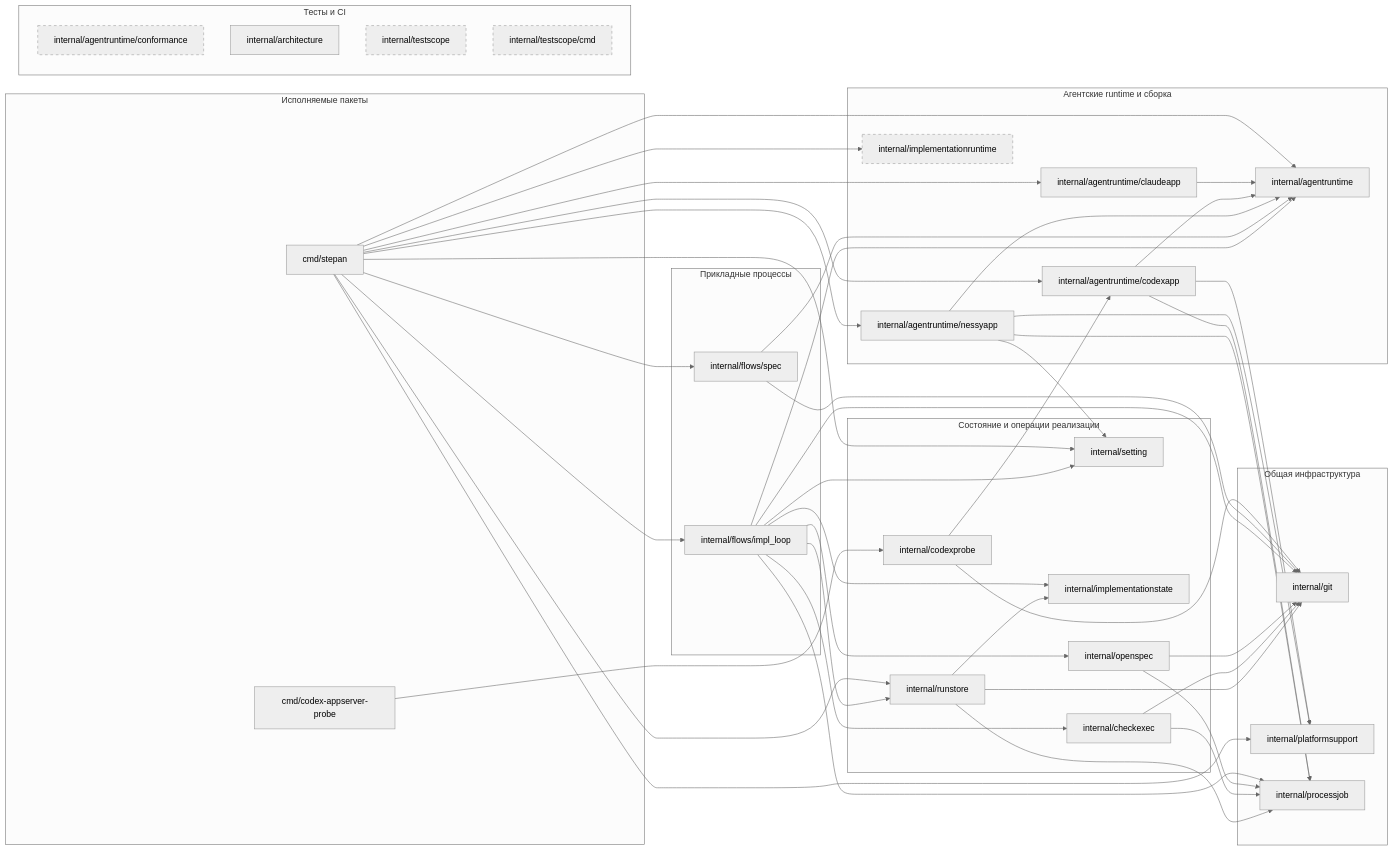
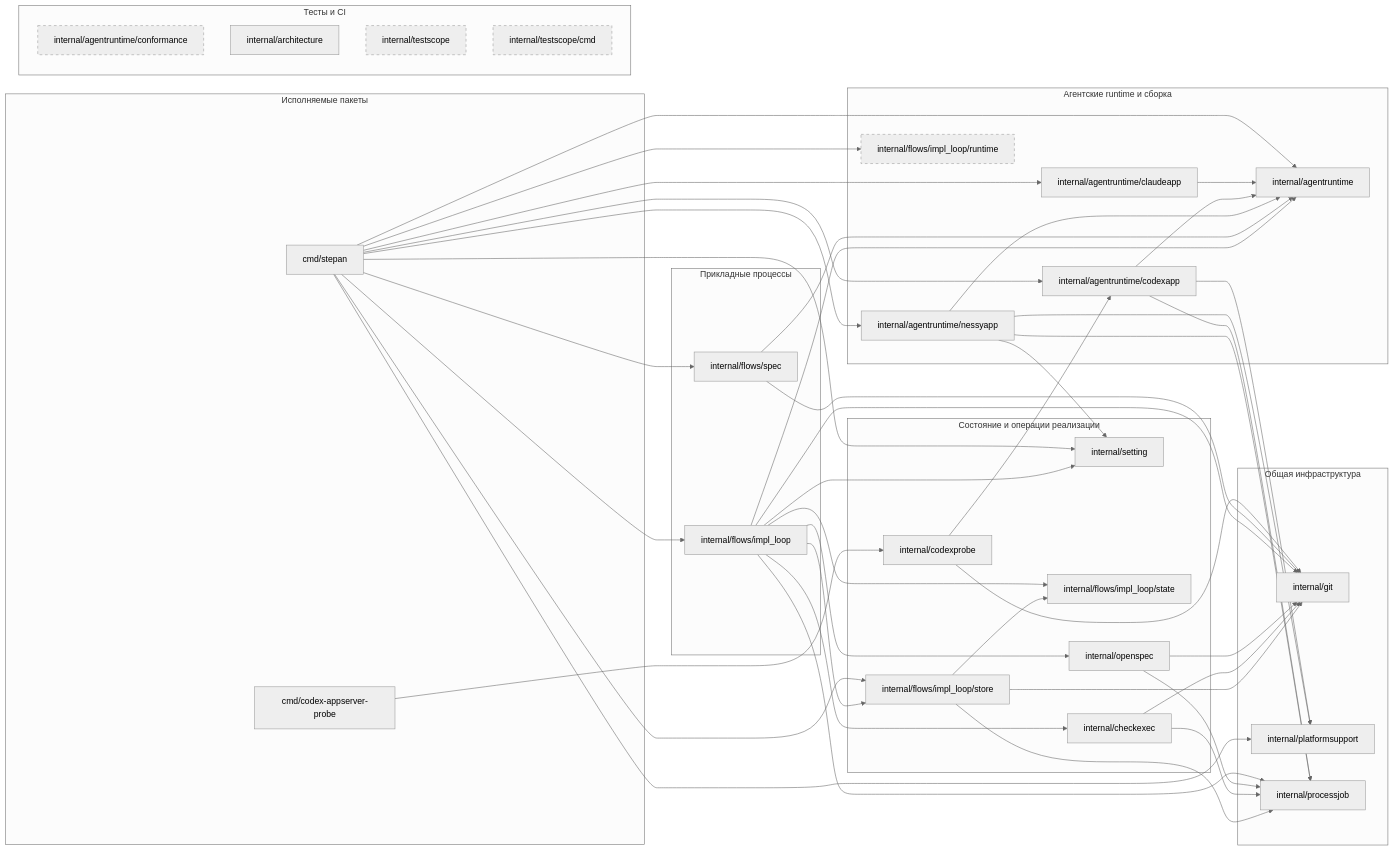
One commit to AndrMoiseev/stepan changed the diagram in docs/architecture/context_map.md. Above: the diagram before and after it, drawn with Mermaid (neutral theme). The commit also changed other lines of this file and 95 other files, not shown here.

````diff
--- a/docs/architecture/context_map.md
+++ b/docs/architecture/context_map.md
@@ -9,52 +9,52 @@
 ```mermaid
 flowchart LR
     subgraph Entry[Исполняемые пакеты]
         stepan[cmd/stepan]
         probe_cmd[cmd/codex-appserver-probe]
     end
     subgraph Flows[Прикладные процессы]
         spec[internal/flows/spec]
         impl[internal/flows/impl_loop]
     end
     subgraph Runtime[Агентские runtime и сборка]
         runtime[internal/agentruntime]
         claude[internal/agentruntime/claudeapp]
         codex[internal/agentruntime/codexapp]
         nessy[internal/agentruntime/nessyapp]
-        runtime_factory[internal/implementationruntime]
+        runtime_factory[internal/flows/impl_loop/runtime]
     end
     subgraph Services[Состояние и операции реализации]
         config[internal/setting]
-        state[internal/implementationstate]
+        state[internal/flows/impl_loop/state]
         openspec[internal/openspec]
         checks[internal/checkexec]
-        store[internal/runstore]
+        store[internal/flows/impl_loop/store]
         probe[internal/codexprobe]
     end
     subgraph Infrastructure[Общая инфраструктура]
         git[internal/git]
         platform[internal/platformsupport]
         jobs[internal/processjob]
     end
     subgraph TestTools[Тесты и CI]
         conformance[internal/agentruntime/conformance]
         architecture[internal/architecture]
         testscope[internal/testscope]
         testscope_cmd[internal/testscope/cmd]
     end
 
     stepan --> runtime & claude & codex & nessy & impl & runtime_factory & platform & spec & store & config
     probe_cmd --> probe
     claude --> runtime
     codex --> runtime & platform & jobs
     nessy --> config & runtime & platform & jobs
     probe --> codex & git
     spec --> runtime & git
     impl --> runtime & git & jobs & openspec & store & checks & config & state
     openspec --> git & jobs
     checks --> git & jobs
     store --> git & jobs & state
 
     classDef unspecified stroke-dasharray: 5 5
     class runtime_factory,conformance,testscope,testscope_cmd unspecified
 ```
````
